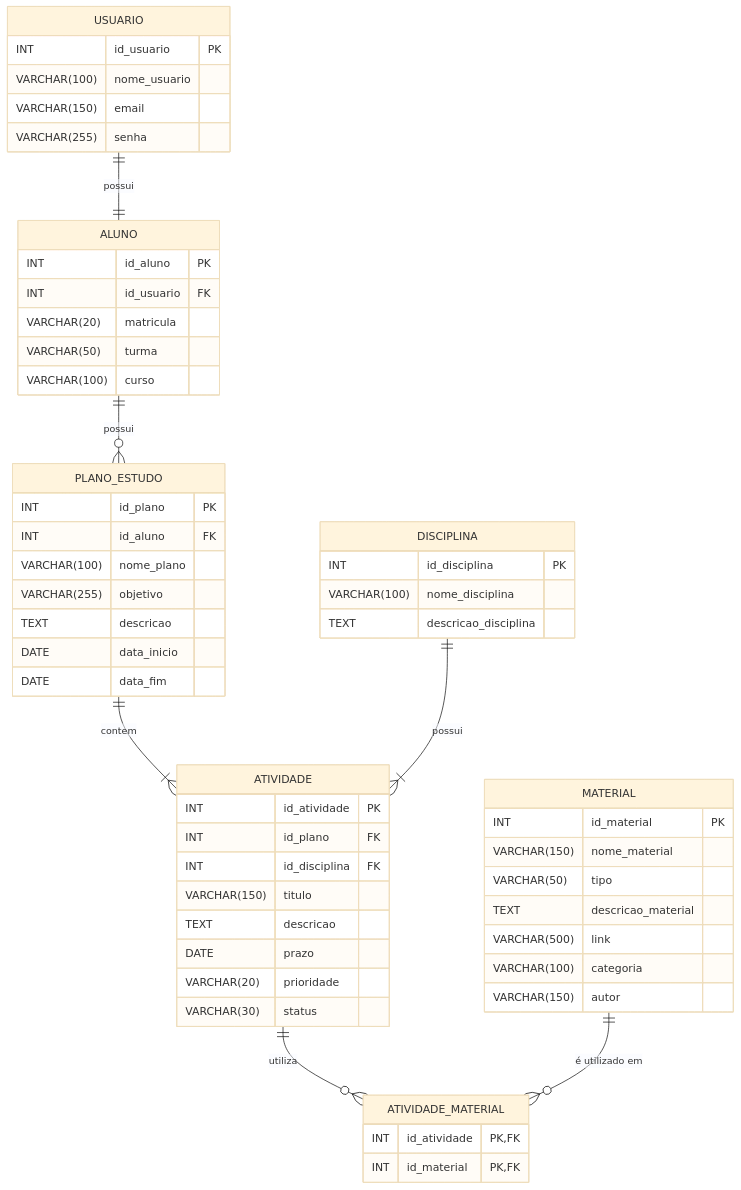
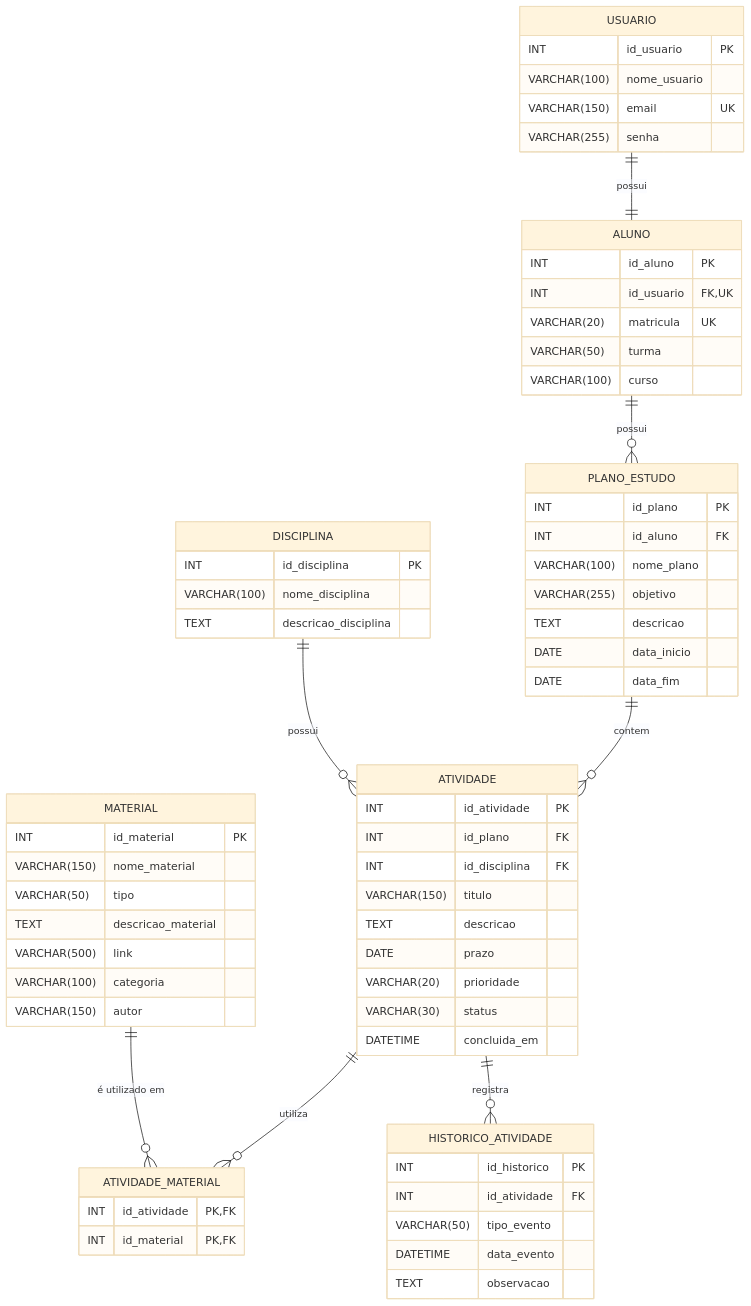
Before and after one commit to fabheit3886/StudyTrack: the diagram in README.md, drawn with Mermaid (base theme). The commit also changed other lines of this file and 6 other files, not shown here.

````diff
--- a/README.md
+++ b/README.md
@@ -31,14 +51,14 @@
     USUARIO {
         INT id_usuario PK
         VARCHAR(100) nome_usuario
-        VARCHAR(150) email
+        VARCHAR(150) email UK
         VARCHAR(255) senha
     }
 
     ALUNO {
         INT id_aluno PK
-        INT id_usuario FK
-        VARCHAR(20) matricula
+        INT id_usuario FK, UK
+        VARCHAR(20) matricula UK
         VARCHAR(50) turma
         VARCHAR(100) curso
     }
@@ -68,6 +88,7 @@
         DATE prazo
         VARCHAR(20) prioridade
         VARCHAR(30) status
+        DATETIME concluida_em
     }
 
     MATERIAL {
@@ -85,15 +106,25 @@
         INT id_material PK, FK
     }
 
+    HISTORICO_ATIVIDADE {
+        INT id_historico PK
+        INT id_atividade FK
+        VARCHAR(50) tipo_evento
+        DATETIME data_evento
+        TEXT observacao
+    }
+
     USUARIO ||--|| ALUNO : "possui"
 
     ALUNO ||--o{ PLANO_ESTUDO : "possui"
 
-    PLANO_ESTUDO ||--|{ ATIVIDADE : "contem"
+    PLANO_ESTUDO ||--o{ ATIVIDADE : "contem"
 
-    DISCIPLINA ||--|{ ATIVIDADE : "possui"
+    DISCIPLINA ||--o{ ATIVIDADE : "possui"
 
     ATIVIDADE ||--o{ ATIVIDADE_MATERIAL : "utiliza"
 
     MATERIAL ||--o{ ATIVIDADE_MATERIAL : "é utilizado em"
+
+    ATIVIDADE ||--o{ HISTORICO_ATIVIDADE : "registra"
 ```
````
